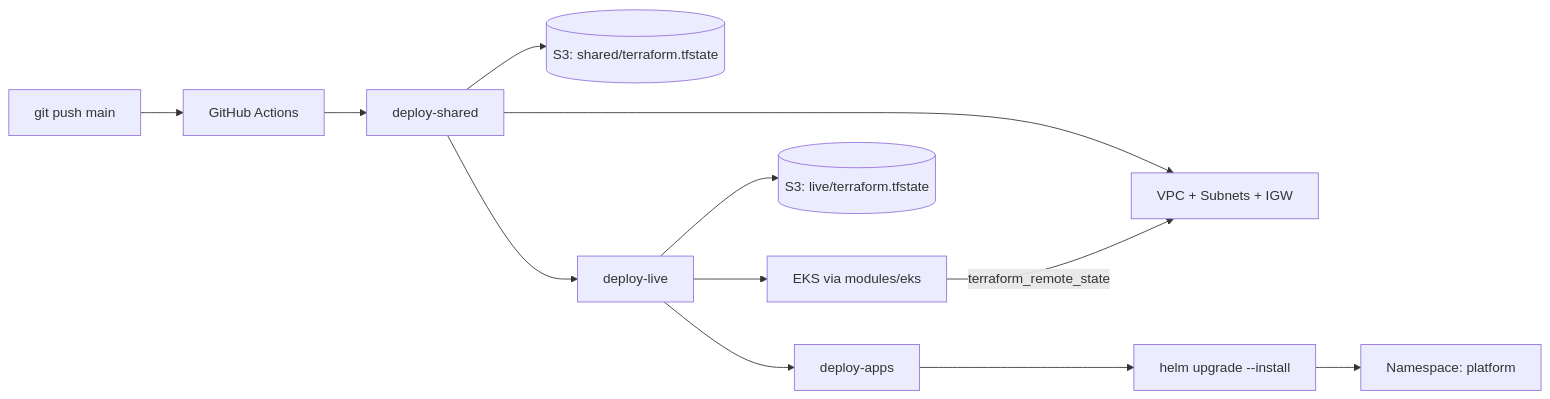
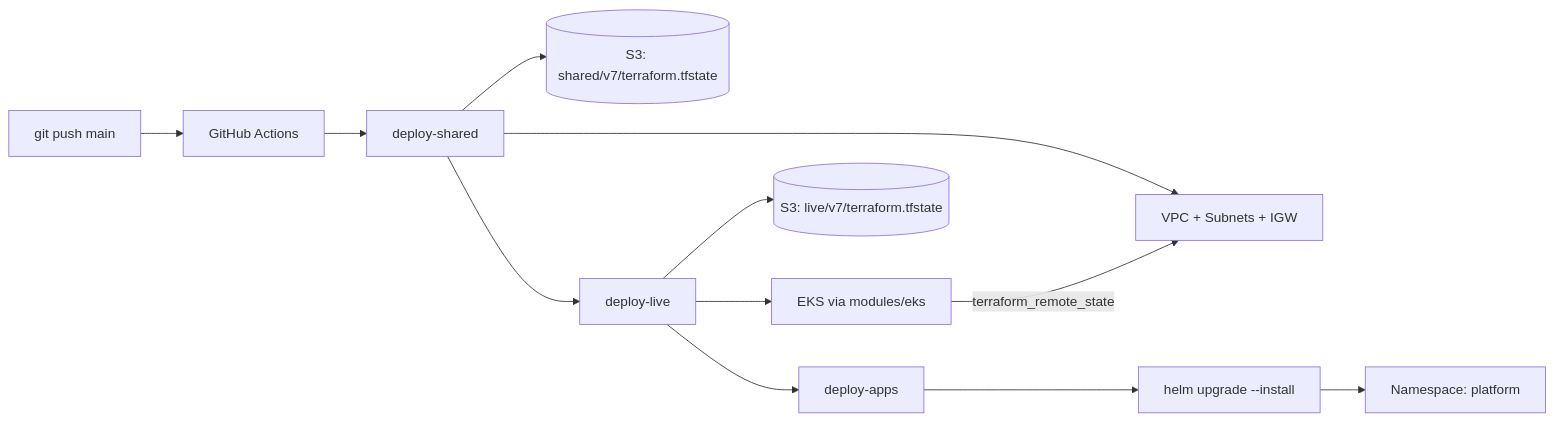
Before and after one commit to Here2ServeU/express-reliability-platform-course: the diagram in express-reliability-platform-v07/README.md, drawn with Mermaid. The commit also changed other lines of this file and 17 other files, not shown here.

````diff
--- a/express-reliability-platform-v07/README.md
+++ b/express-reliability-platform-v07/README.md
@@ -83,14 +87,14 @@
 ```mermaid
 flowchart LR
     Push[git push main] --> GHA[GitHub Actions]
     GHA --> J1[deploy-shared]
-    J1 --> S3s[(S3: shared/terraform.tfstate)]
+    J1 --> S3s[(S3: shared/v7/terraform.tfstate)]
     J1 --> VPC[VPC + Subnets + IGW]
     J1 --> J2[deploy-live]
-    J2 --> S3l[(S3: live/terraform.tfstate)]
+    J2 --> S3l[(S3: live/v7/terraform.tfstate)]
     J2 --> EKS[EKS via modules/eks]
     EKS -->|terraform_remote_state| VPC
     J2 --> J3[deploy-apps]
     J3 --> Helm[helm upgrade --install]
     Helm --> NS[Namespace: platform]
 ```
````
